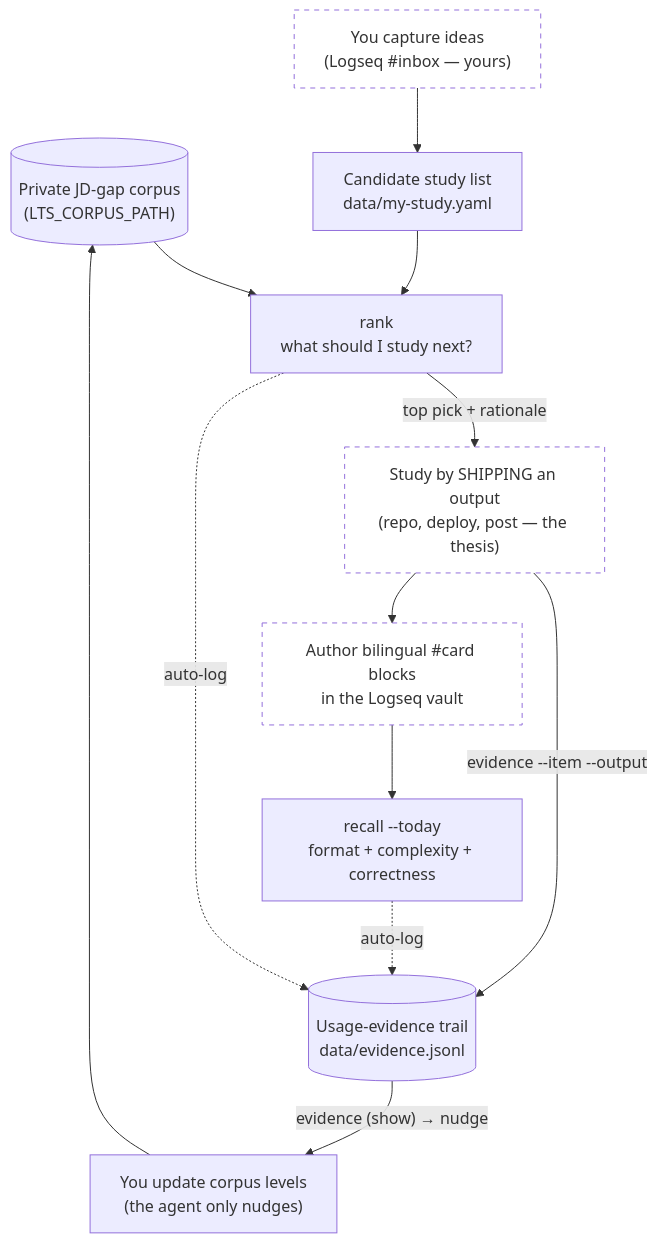
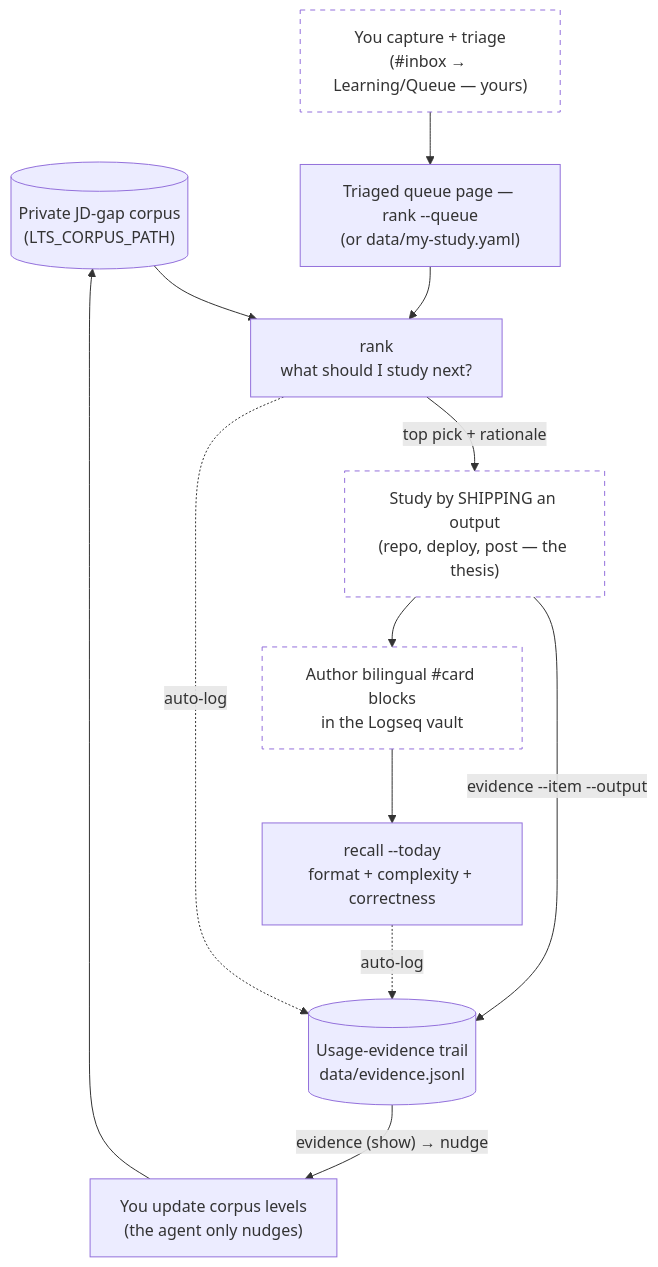
One commit to canglang-social/learn-to-ship changed the diagram in docs/USAGE.md. Above: the diagram before and after it, drawn with Mermaid. The commit also changed other lines of this file and 14 other files, not shown here.

First line of the commit message:
feat: rank --queue — read the human-triaged vault queue page (QUESTIONS.md Q6)

````diff
--- a/docs/USAGE.md
+++ b/docs/USAGE.md
@@ -14,27 +14,27 @@
 ```mermaid
 flowchart TD
     corpus[("Private JD-gap corpus<br/>(LTS_CORPUS_PATH)")]
-    list["Candidate study list<br/>data/my-study.yaml"]
+    list["Triaged queue page — rank --queue<br/>(or data/my-study.yaml)"]
     rank["rank<br/>what should I study next?"]
     study["Study by SHIPPING an output<br/>(repo, deploy, post — the thesis)"]
     cards["Author bilingual #card blocks<br/>in the Logseq vault"]
     recall["recall --today<br/>format + complexity + correctness"]
     trail[("Usage-evidence trail<br/>data/evidence.jsonl")]
     update["You update corpus levels<br/>(the agent only nudges)"]
 
-    capture["You capture ideas<br/>(Logseq #inbox — yours)"] --> list
+    capture["You capture + triage<br/>(#inbox → Learning/Queue — yours)"] --> list
     list --> rank
     corpus --> rank
     rank -->|"top pick + rationale"| study
     study -->|"evidence --item --output"| trail
     rank -.->|auto-log| trail
     study --> cards
     cards --> recall
     recall -.->|auto-log| trail
     trail -->|"evidence (show) → nudge"| update
     update --> corpus
 
     style study fill:none,stroke-dasharray:5 5
     style cards fill:none,stroke-dasharray:5 5
     style capture fill:none,stroke-dasharray:5 5
 ```
````
